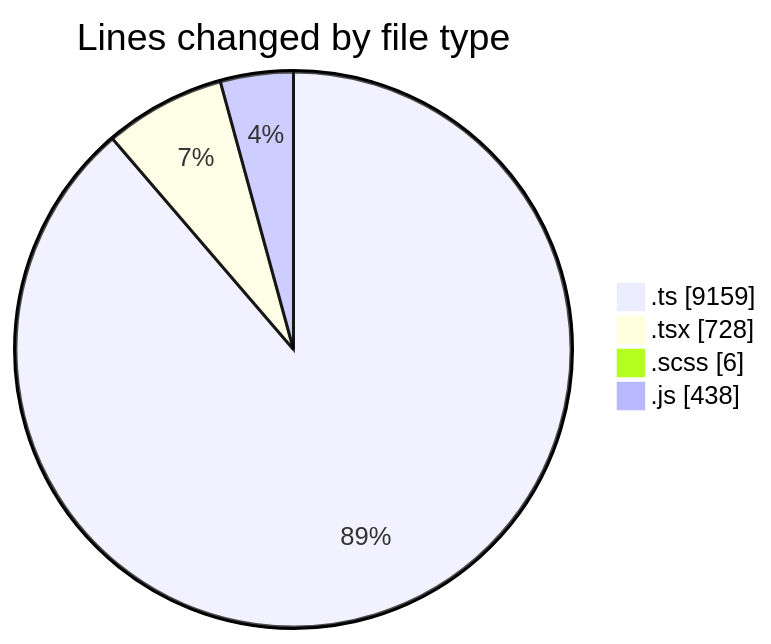
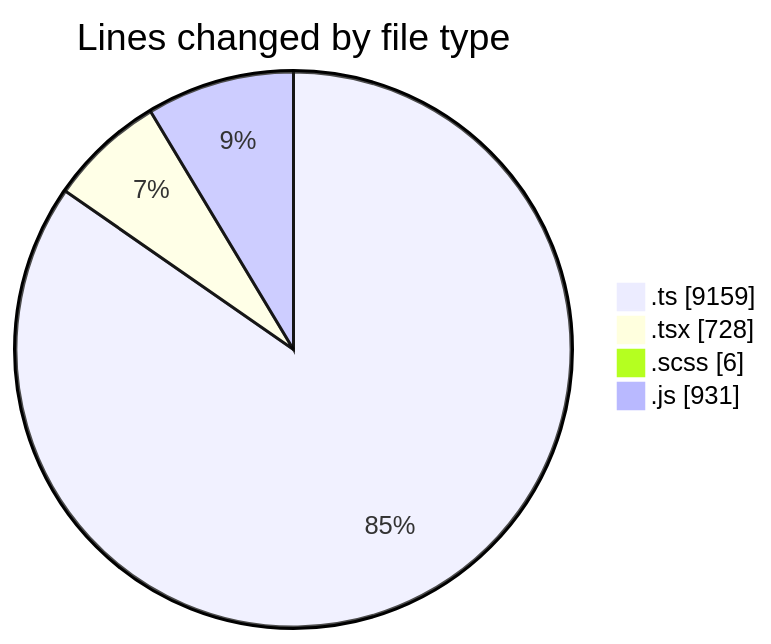
Before and after one commit to momahboobian/code-tracking: the first of 2 diagrams in 2026-03-17/cda/README.md, drawn with Mermaid. The commit also changed other lines of this file and 1 other file, not shown here.

````diff
--- a/2026-03-17/cda/README.md
+++ b/2026-03-17/cda/README.md
@@ -29,8 +30,8 @@
 ```mermaid
 pie showData
 title Lines changed by file type
 ".ts" : 9159
 ".tsx" : 728
 ".scss" : 6
-".js" : 438
+".js" : 931
 ```
````
